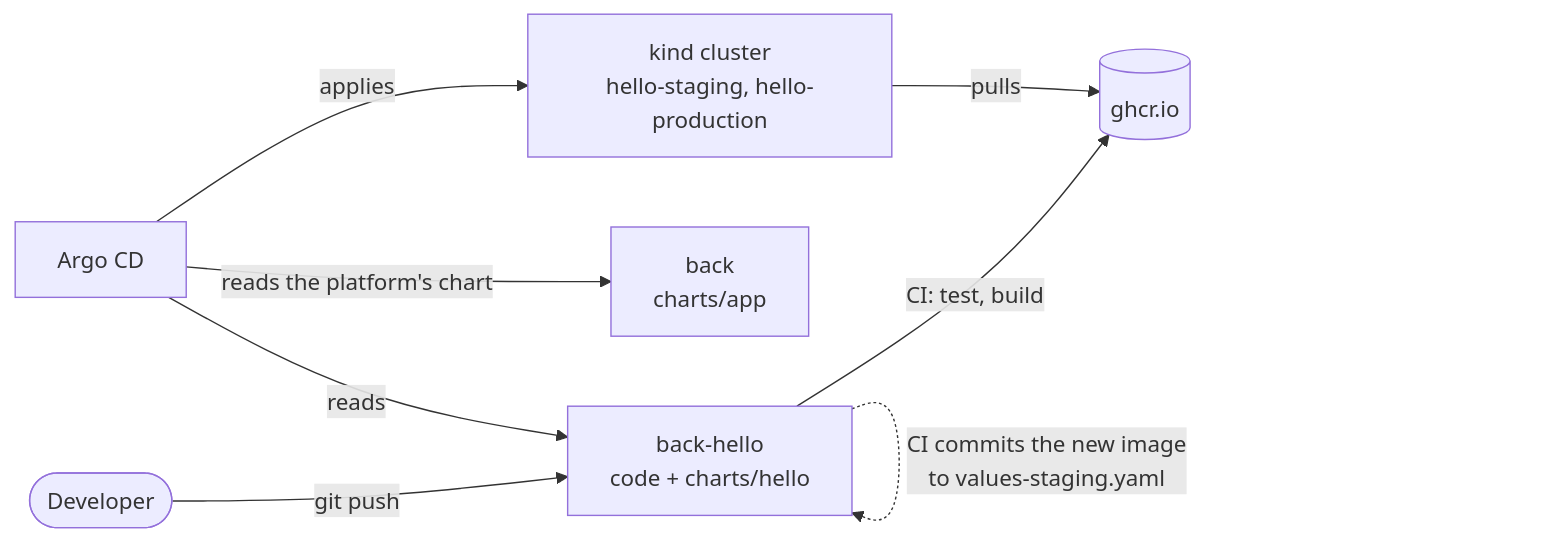
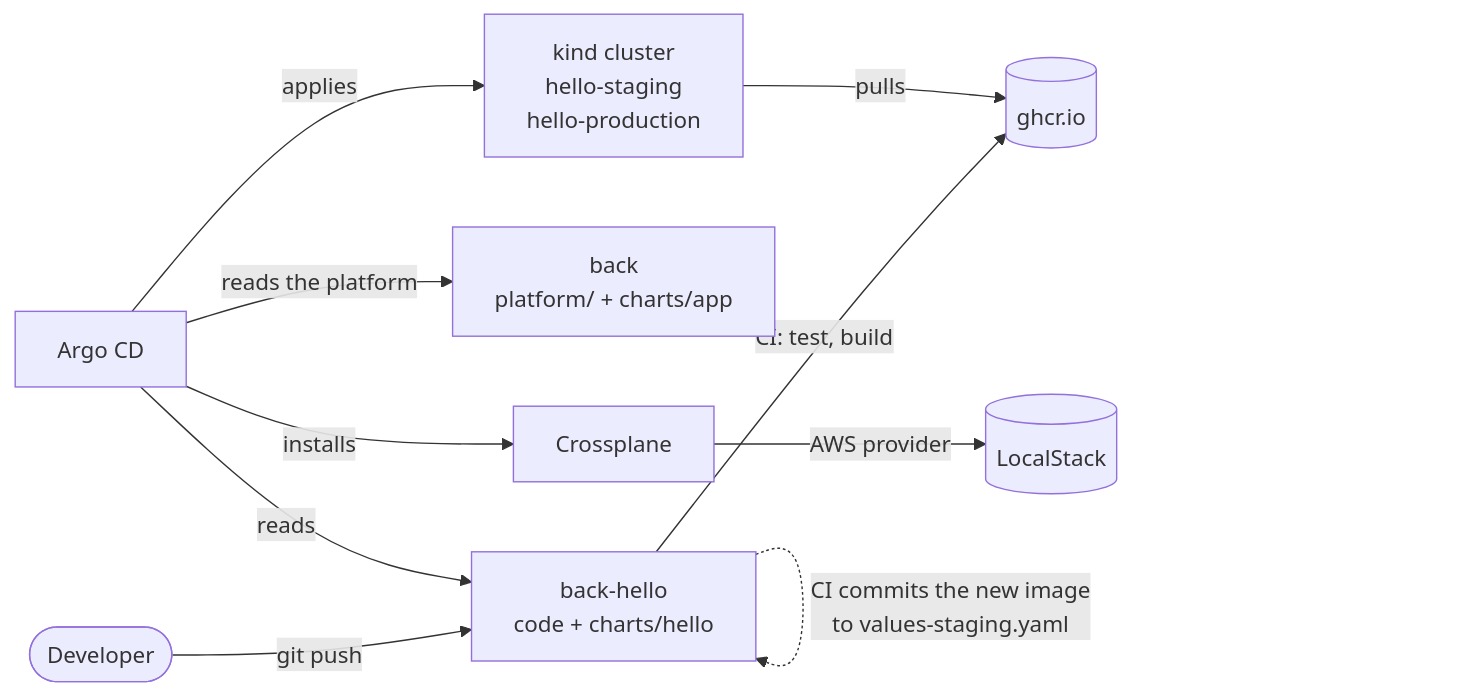
The diagram in README.md (hvpaiva/back), drawn with Mermaid before and after one commit. The commit also changed other lines of this file and 12 other files, not shown here.

First line of the commit message:
feat: install Crossplane with the AWS provider pointed at LocalStack

````diff
--- a/README.md
+++ b/README.md
@@ -35,10 +35,12 @@
 ```mermaid
 flowchart LR
     dev([Developer]) -- git push --> hello["back-hello<br/>code + charts/hello"]
     hello -- "CI: test, build" --> ghcr[(ghcr.io)]
     hello -. "CI commits the new image<br/>to values-staging.yaml" .-> hello
     argocd[Argo CD] -- reads --> hello
-    argocd -- "reads the platform's chart" --> back["back<br/>charts/app"]
-    argocd -- applies --> cluster["kind cluster<br/>hello-staging, hello-production"]
+    argocd -- "reads the platform" --> back["back<br/>platform/ + charts/app"]
+    argocd -- applies --> cluster["kind cluster<br/>hello-staging<br/>hello-production"]
     cluster -- pulls --> ghcr
+    argocd -- installs --> crossplane[Crossplane]
+    crossplane -- "AWS provider" --> localstack[(LocalStack)]
 ```
````
